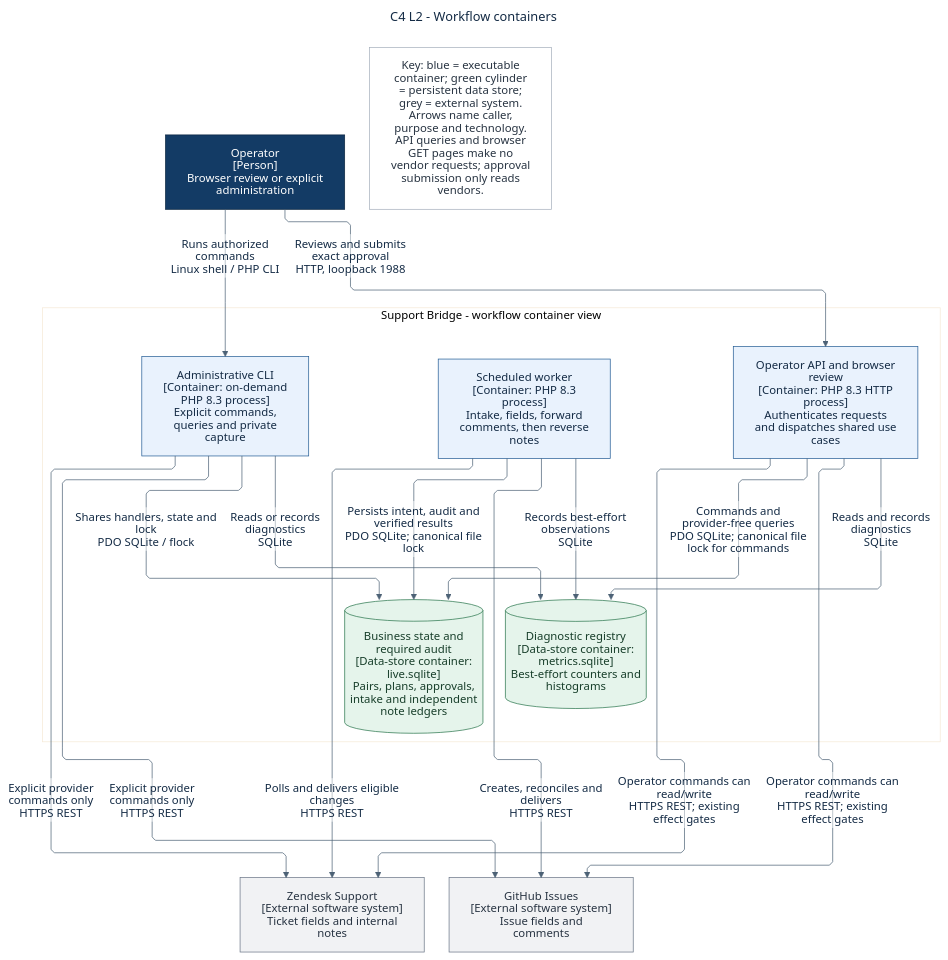
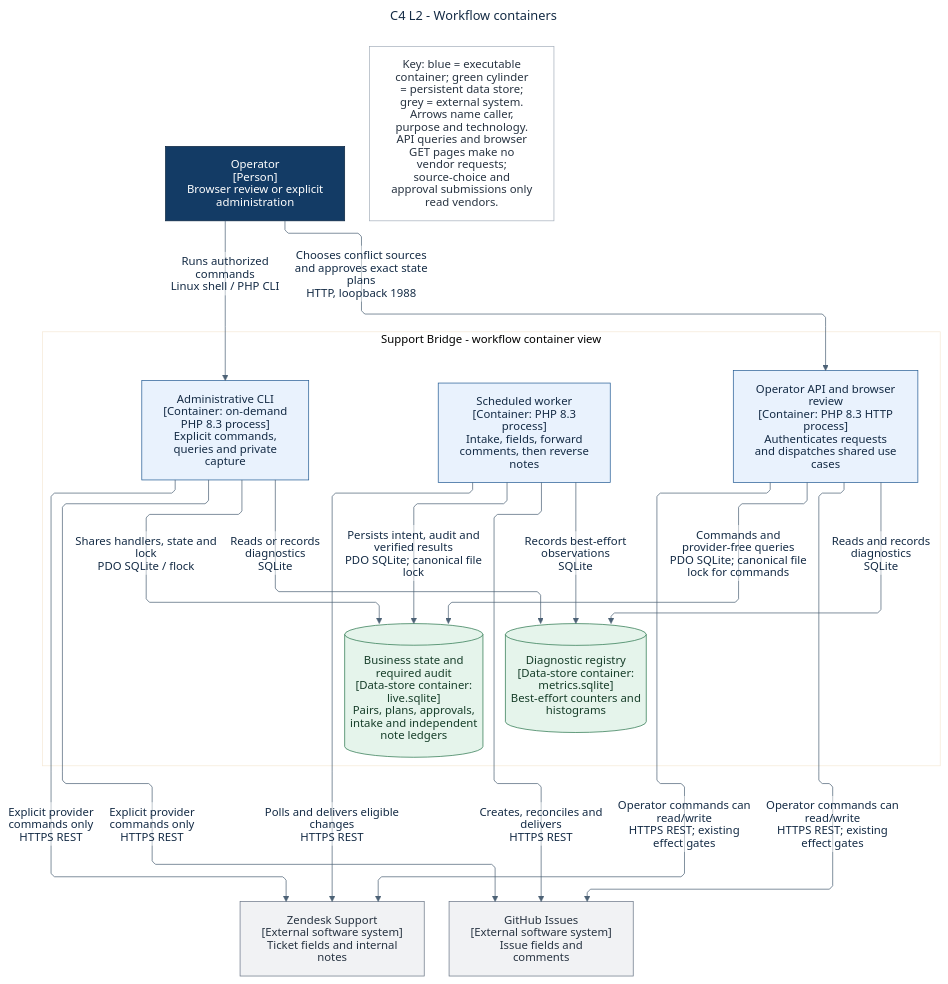
The diagram in docs/c4/source/02-containers-workflow.mmd (AlbertFlorescu/support-bridge), drawn with Mermaid before and after one commit. The commit also changed 29 other files, not shown here.

First line of the commit message:
Add browser conflict-resolution buttons (#51)

```diff
--- a/docs/c4/source/02-containers-workflow.mmd
+++ b/docs/c4/source/02-containers-workflow.mmd
@@ -1,59 +1,59 @@
 ---
 title: C4 L2 - Workflow containers
 config:
   htmlLabels: false
   layout: elk
   theme: base
   themeVariables:
     primaryColor: '#edf4ff'
     primaryTextColor: '#142b45'
     primaryBorderColor: '#456d9e'
     lineColor: '#4d6276'
     edgeLabelBackground: '#ffffff'
     noteBkgColor: '#f5f7fa'
     noteBorderColor: '#94a3b8'
   fontFamily: DejaVu Sans, sans-serif
   flowchart:
     htmlLabels: false
     curve: linear
     nodeSpacing: 32
     rankSpacing: 60
 ---
 flowchart TB
   accTitle: C4 L2 - Workflow containers
   accDescr: The API, scheduled worker and explicit CLI compose the same PHP application. SQLite files are shared storage, not database servers. Every source effect uses the ordinary governance and recovery rules.
   Operator["Operator<br/>[Person]<br/>Browser review or explicit administration"]:::person
   subgraph Bridge["Support Bridge - workflow container view"]
     API["Operator API and browser review<br/>[Container: PHP 8.3 HTTP process]<br/>Authenticates requests and dispatches shared use cases"]:::container
     Worker["Scheduled worker<br/>[Container: PHP 8.3 process]<br/>Intake, fields, forward comments, then reverse notes"]:::container
     CLI["Administrative CLI<br/>[Container: on-demand PHP 8.3 process]<br/>Explicit commands, queries and private capture"]:::container
     Business[("Business state and required audit<br/>[Data-store container: live.sqlite]<br/>Pairs, plans, approvals, intake and independent note ledgers")]:::store
     Telemetry[("Diagnostic registry<br/>[Data-store container: metrics.sqlite]<br/>Best-effort counters and histograms")]:::store
   end
   Zendesk["Zendesk Support<br/>[External software system]<br/>Ticket fields and internal notes"]:::external
   GitHub["GitHub Issues<br/>[External software system]<br/>Issue fields and comments"]:::external
 
-  Operator -->|"Reviews and submits exact approval<br/>HTTP, loopback 1988"| API
+  Operator -->|"Chooses conflict sources and approves exact state plans<br/>HTTP, loopback 1988"| API
   Operator -->|"Runs authorized commands<br/>Linux shell / PHP CLI"| CLI
   API -->|"Commands and provider-free queries<br/>PDO SQLite; canonical file lock for commands"| Business
   Worker -->|"Persists intent, audit and verified results<br/>PDO SQLite; canonical file lock"| Business
   CLI -->|"Shares handlers, state and lock<br/>PDO SQLite / flock"| Business
   API -->|"Reads and records diagnostics<br/>SQLite"| Telemetry
   Worker -->|"Records best-effort observations<br/>SQLite"| Telemetry
   CLI -->|"Reads or records diagnostics<br/>SQLite"| Telemetry
   API -->|"Operator commands can read/write<br/>HTTPS REST; existing effect gates"| Zendesk
   API -->|"Operator commands can read/write<br/>HTTPS REST; existing effect gates"| GitHub
   Worker -->|"Polls and delivers eligible changes<br/>HTTPS REST"| Zendesk
   Worker -->|"Creates, reconciles and delivers<br/>HTTPS REST"| GitHub
   CLI -->|"Explicit provider commands only<br/>HTTPS REST"| Zendesk
   CLI -->|"Explicit provider commands only<br/>HTTPS REST"| GitHub
 
-  Legend["Key: blue = executable container; green cylinder = persistent data store;<br/>grey = external system. Arrows name caller, purpose and technology.<br/>API queries and browser GET pages make no vendor requests; approval submission only reads vendors."]:::key
+  Legend["Key: blue = executable container; green cylinder = persistent data store;<br/>grey = external system. Arrows name caller, purpose and technology.<br/>API queries and browser GET pages make no vendor requests; source-choice and approval submissions only read vendors."]:::key
 
   classDef person fill:#133b65,stroke:#0b2540,color:#fff
   classDef system fill:#1e5c9a,stroke:#133b65,color:#fff
   classDef container fill:#e9f2fd,stroke:#245c95,color:#142b45
   classDef component fill:#eef4fd,stroke:#456d9e,color:#142b45
   classDef store fill:#e5f4eb,stroke:#28754c,color:#173e2a
   classDef external fill:#f1f2f4,stroke:#697586,color:#283442
   classDef key fill:#fff,stroke:#a6b0bc,color:#283442
```
